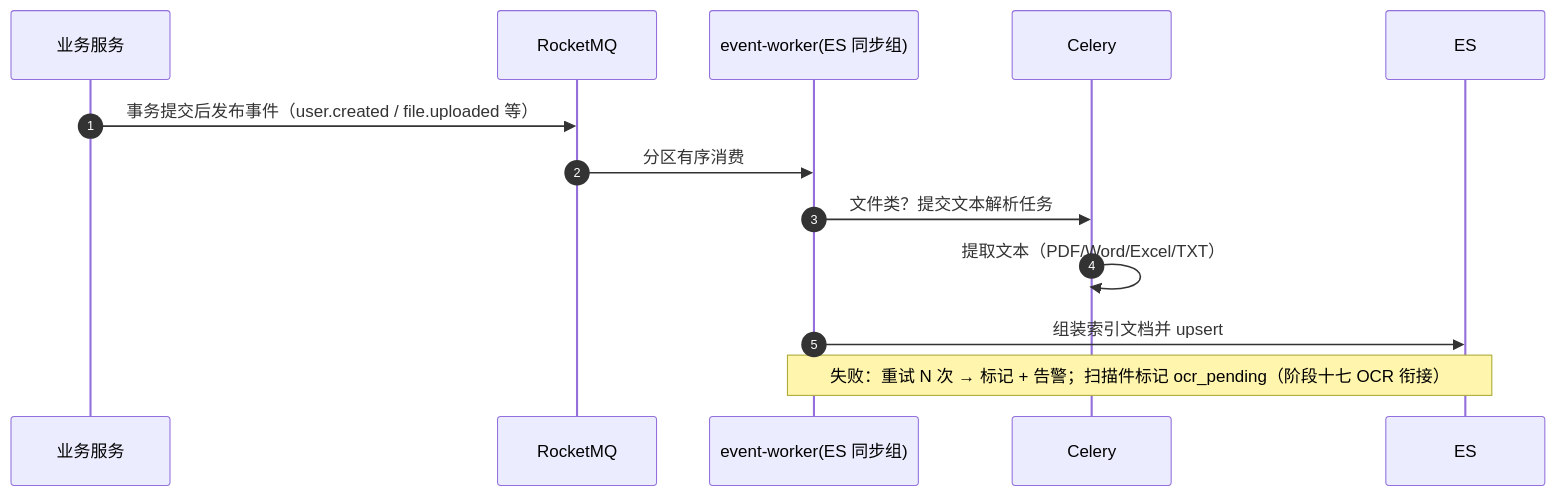
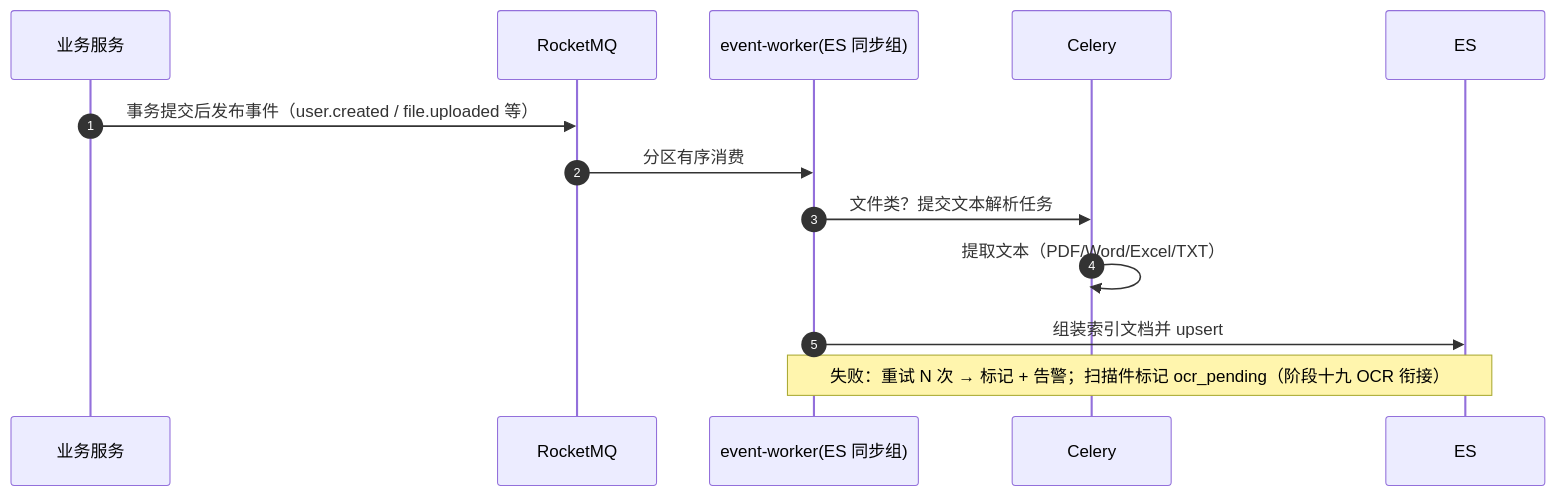
The first of 2 diagrams in bms文档/设计/概要设计/33_概要设计_全文检索.md (minjian123/basic-management-system), drawn with Mermaid before and after one commit. The commit also changed other lines of this file and 127 other files, not shown here.

````diff
--- a/bms文档/设计/概要设计/33_概要设计_全文检索.md
+++ b/bms文档/设计/概要设计/33_概要设计_全文检索.md
@@ -80,16 +80,16 @@
 ```mermaid
 sequenceDiagram
     autonumber
     participant 业务 as 业务服务
     participant MQ as RocketMQ
     participant worker as event-worker(ES 同步组)
     participant Celery
     participant ES
 
     业务->>MQ: 事务提交后发布事件（user.created / file.uploaded 等）
     MQ->>worker: 分区有序消费
     worker->>Celery: 文件类？提交文本解析任务
     Celery->>Celery: 提取文本（PDF/Word/Excel/TXT）
     worker->>ES: 组装索引文档并 upsert
-    Note over worker, ES: 失败：重试 N 次 → 标记 + 告警；扫描件标记 ocr_pending（阶段十七 OCR 衔接）
+    Note over worker, ES: 失败：重试 N 次 → 标记 + 告警；扫描件标记 ocr_pending（阶段十九 OCR 衔接）
 ```
````
